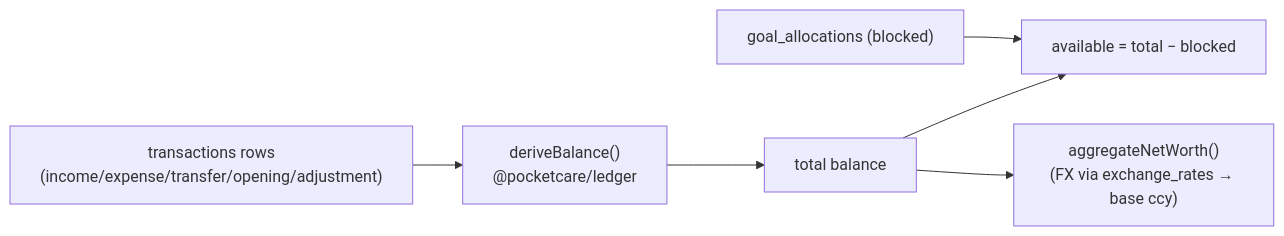
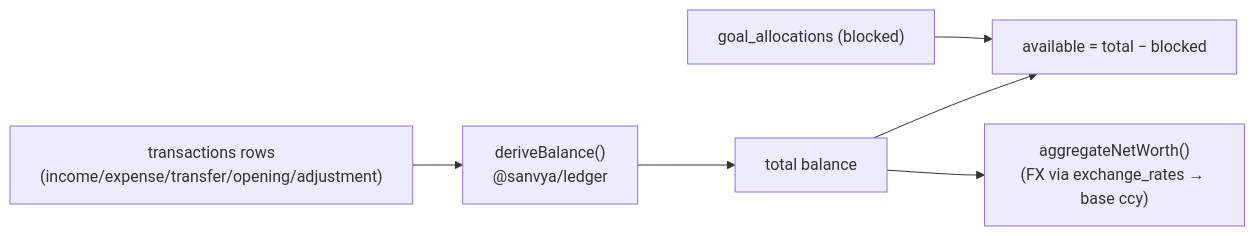
The second of 2 diagrams in docs/features/accounts-and-ledger.md (replyto-pocketcare/pocketcare-app), drawn with Mermaid before and after one commit. The commit also changed other lines of this file and 451 other files, not shown here.

Commit message:
refactor: Rename SanvyaSchema and sanvya.db to PocketCareSchema and pocketcare.db

````diff
--- a/docs/features/accounts-and-ledger.md
+++ b/docs/features/accounts-and-ledger.md
@@ -19,8 +19,8 @@
 ```mermaid
 flowchart LR
-    Entries["transactions rows\n(income/expense/transfer/opening/adjustment)"] --> D["deriveBalance()\n@pocketcare/ledger"]
+    Entries["transactions rows\n(income/expense/transfer/opening/adjustment)"] --> D["deriveBalance()\n@sanvya/ledger"]
     D --> Total["total balance"]
     Alloc["goal_allocations (blocked)"] --> Avail["available = total − blocked"]
     Total --> Avail
     Total --> NW["aggregateNetWorth()\n(FX via exchange_rates → base ccy)"]
 ```
````
